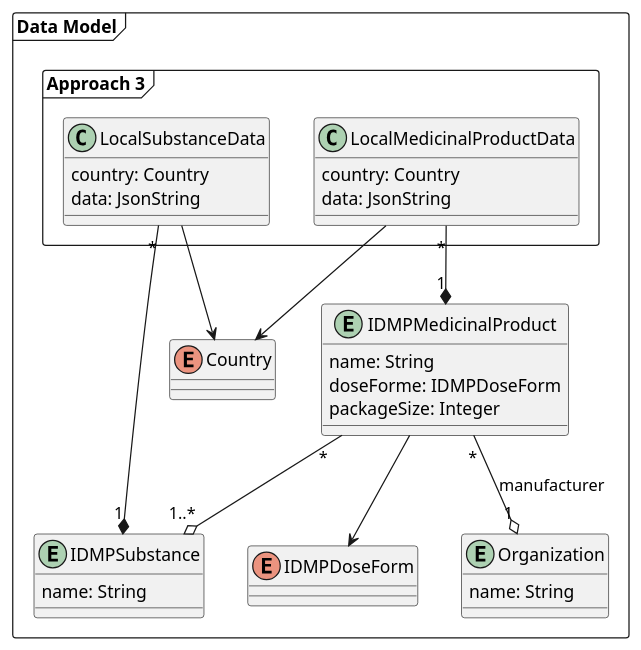
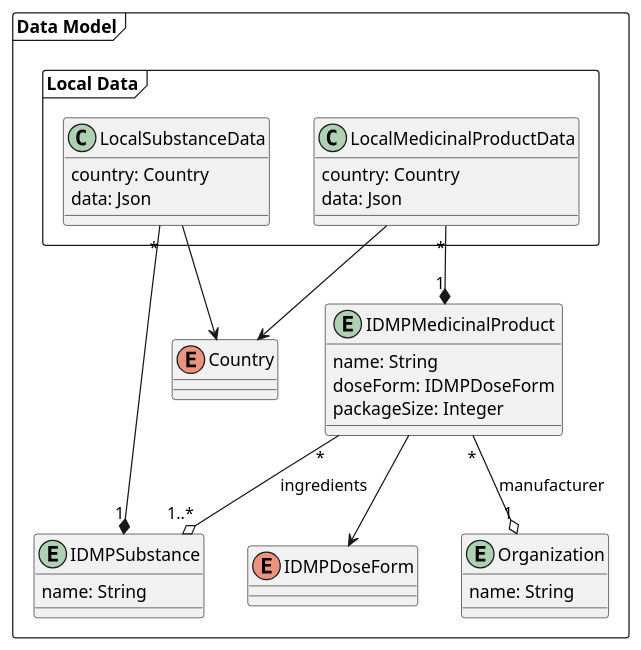
Before and after one commit to unicom-project-eu/wp6-db-api: the diagram in uml/class/datamodel.puml, drawn with PlantUML.

```diff
--- a/uml/class/datamodel.puml
+++ b/uml/class/datamodel.puml
@@ -1,45 +1,45 @@
 @startuml
 'skinparam linetype ortho
 
 package "Data Model" as datamodel <<frame>> {
     enum IDMPDoseForm {}
     enum Country {}
 
     entity IDMPSubstance {
         name: String
     }
 
     entity IDMPMedicinalProduct {
         name: String
-        doseForme: IDMPDoseForm
+        doseForm: IDMPDoseForm
         packageSize: Integer
     }
 
     entity Organization {
         name: String
     }
 
-    package "Approach 3" as approach3 <<frame>> {
+    package "Local Data" as local <<frame>> {
         class LocalMedicinalProductData {
             country: Country
-            data: JsonString
+            data: Json
         }
 
         class LocalSubstanceData {
             country: Country
-            data: JsonString
+            data: Json
         }
 
         LocalMedicinalProductData --> Country
         LocalMedicinalProductData "*" --* "1" IDMPMedicinalProduct
 
         LocalSubstanceData --> Country
         LocalSubstanceData "*" --* "1" IDMPSubstance
     }
 
     IDMPMedicinalProduct --> IDMPDoseForm
     IDMPMedicinalProduct "*" --o "1" Organization : manufacturer
-    IDMPMedicinalProduct "*" --o "1..*" IDMPSubstance
+    IDMPMedicinalProduct "*" --o "1..*" IDMPSubstance : ingredients
 }
 
 @enduml
```
